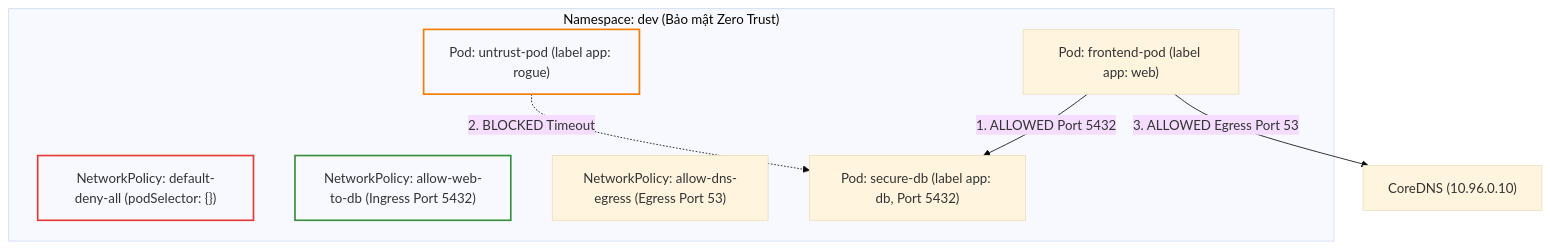
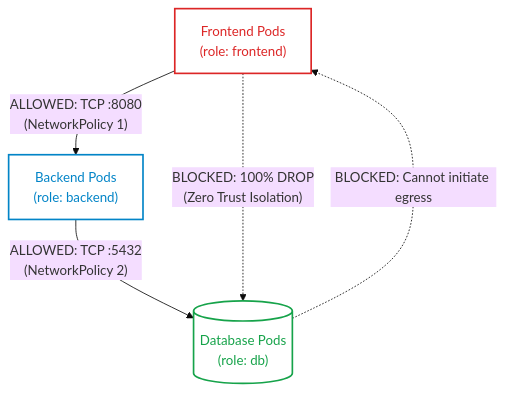
Before and after one commit to kiennt308/ntk: the first of 3 diagrams in _posts/2026-09-12-cka-25-25-networkpolicy.md, drawn with Mermaid (base theme). The commit also changed other lines of this file and 39 other files, not shown here.

````diff
--- a/_posts/2026-09-12-cka-25-25-networkpolicy.md
+++ b/_posts/2026-09-12-cka-25-25-networkpolicy.md
@@ -499,20 +49,17 @@
 ```mermaid
-graph TD
-    subgraph Dev_Namespace ["Namespace: dev (Bảo mật Zero Trust)"]
-        DEFAULT_DENY["NetworkPolicy: default-deny-all (podSelector: {})"]
-        ALLOW_DB["NetworkPolicy: allow-web-to-db (Ingress Port 5432)"]
-        ALLOW_DNS["NetworkPolicy: allow-dns-egress (Egress Port 53)"]
+flowchart TD
+    classDef pub fill:none,stroke:#dc2626,stroke-width:2px,color:#dc2626;
+    classDef app fill:none,stroke:#0284c7,stroke-width:2px,color:#0284c7;
+    classDef db fill:none,stroke:#16a34a,stroke-width:2px,color:#16a34a;
+    classDef deny fill:none,stroke:#d97706,stroke-width:2px,color:#d97706;
 
-        POD_FRONT["Pod: frontend-pod (label app: web)"]
-        POD_UNTRUST["Pod: untrust-pod (label app: rogue)"]
-        POD_DB["Pod: secure-db (label app: db, Port 5432)"]
-    end
+    Frontend["Frontend Pods<br>(role: frontend)"]:::pub
+    Backend["Backend Pods<br>(role: backend)"]:::app
+    Database[("Database Pods<br>(role: db)")]:::db
 
-    POD_FRONT -->|"1. ALLOWED Port 5432"| POD_DB
-    POD_UNTRUST -.->|"2. BLOCKED Timeout"| POD_DB
-    POD_FRONT -->|"3. ALLOWED Egress Port 53"| COREDNS["CoreDNS (10.96.0.10)"]
+    Frontend -->|"ALLOWED: TCP :8080<br>(NetworkPolicy 1)"| Backend
+    Backend -->|"ALLOWED: TCP :5432<br>(NetworkPolicy 2)"| Database
 
-    style DEFAULT_DENY fill:none,stroke:#e53935,stroke-width:2px
-    style ALLOW_DB fill:none,stroke:#388e3c,stroke-width:2px
-    style POD_UNTRUST fill:none,stroke:#f57c00,stroke-width:2px
+    Frontend -.->|"BLOCKED: 100% DROP<br>(Zero Trust Isolation)"| Database
+    Database -.->|BLOCKED: Cannot initiate egress| Frontend
 ```
````
